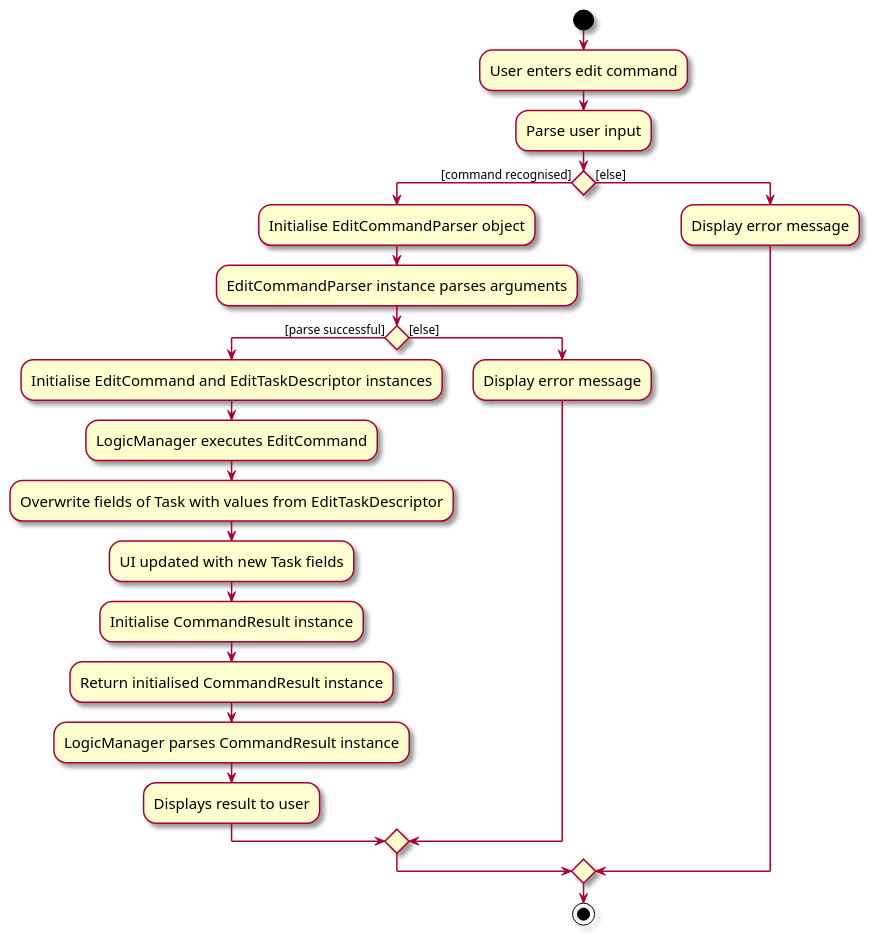
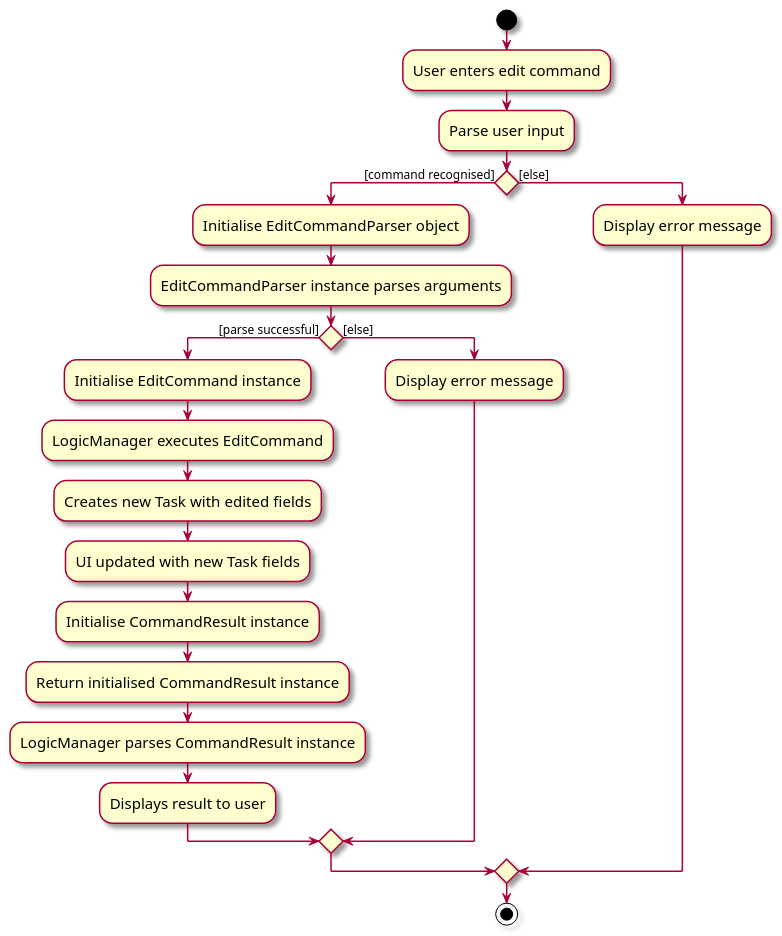
Before and after one commit to seantehds/tp: the diagram in docs/diagrams/EditCommandActivityDiagram.puml, drawn with PlantUML. The commit also changed 1 other file, not shown here.

Commit message:
Update activity sequence for edit command

```diff
--- a/docs/diagrams/EditCommandActivityDiagram.puml
+++ b/docs/diagrams/EditCommandActivityDiagram.puml
@@ -1,33 +1,33 @@
 @startuml
 skin rose
 skinparam ActivityFontSize 15
 skinparam ArrowFontSize 12
 start
 :User enters edit command;
 
 'Since the beta syntax does not support placing the condition outside the
 'diamond we place it as the true branch instead.
 
 :Parse user input;
 
 if () then ([command recognised])
     :Initialise EditCommandParser object;
     :EditCommandParser instance parses arguments;
     if () then ([parse successful])
-        :Initialise EditCommand and EditTaskDescriptor instances;
+        :Initialise EditCommand instance;
         :LogicManager executes EditCommand;
-        :Overwrite fields of Task with values from EditTaskDescriptor;
+        :Creates new Task with edited fields;
         :UI updated with new Task fields;
         :Initialise CommandResult instance;
         :Return initialised CommandResult instance;
         :LogicManager parses CommandResult instance;
         :Displays result to user;
     else ([else])
         :Display error message;
     endif
 else ([else])
 :Display error message;
 endif
 stop
 
 @enduml
```
